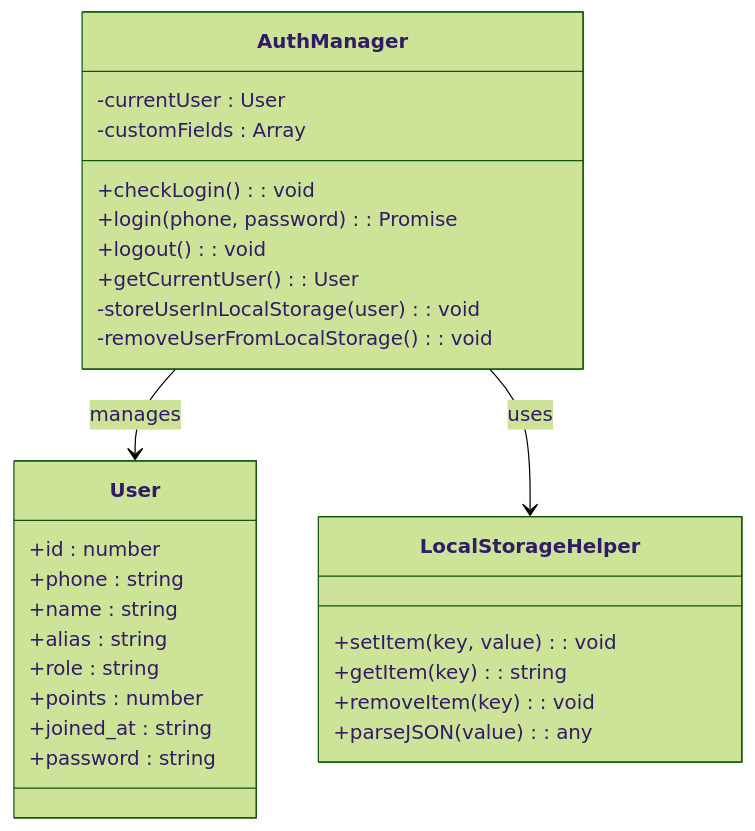
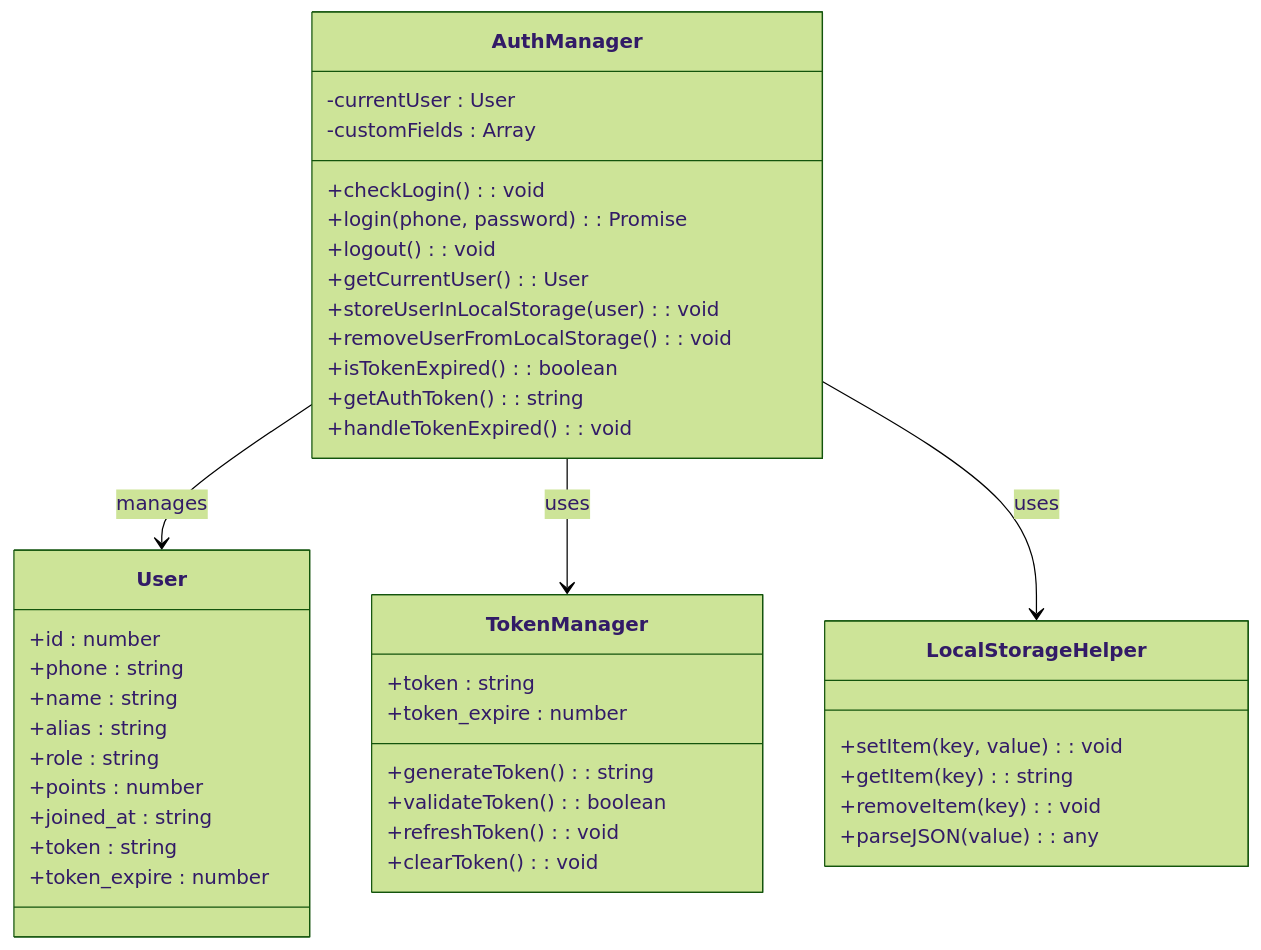
The fifth of 28 diagrams in .qoder/repowiki/zh/content/Web界面/JavaScript交互逻辑/用户认证系统.md (qq20739111/weilushishe-lishitai), drawn with Mermaid (forest theme) before and after one commit. The commit also changed other lines of this file and 23 other files, not shown here.

````diff
--- a/.qoder/repowiki/zh/content/Web界面/JavaScript交互逻辑/用户认证系统.md
+++ b/.qoder/repowiki/zh/content/Web界面/JavaScript交互逻辑/用户认证系统.md
@@ -178,31 +230,44 @@
 ```mermaid
 classDiagram
 class AuthManager {
 -currentUser : User
 -customFields : Array
 +checkLogin() : void
 +login(phone, password) : Promise
 +logout() : void
 +getCurrentUser() : User
--storeUserInLocalStorage(user) : void
--removeUserFromLocalStorage() : void
++storeUserInLocalStorage(user) : void
++removeUserFromLocalStorage() : void
++isTokenExpired() : boolean
++getAuthToken() : string
++handleTokenExpired() : void
 }
 class User {
 +id : number
 +phone : string
 +name : string
 +alias : string
 +role : string
 +points : number
 +joined_at : string
-+password : string
++token : string
++token_expire : number
+}
+class TokenManager {
++token : string
++token_expire : number
++generateToken() : string
++validateToken() : boolean
++refreshToken() : void
++clearToken() : void
 }
 class LocalStorageHelper {
 +setItem(key, value) : void
 +getItem(key) : string
 +removeItem(key) : void
 +parseJSON(value) : any
 }
 AuthManager --> User : manages
+AuthManager --> TokenManager : uses
 AuthManager --> LocalStorageHelper : uses
 ```
````
